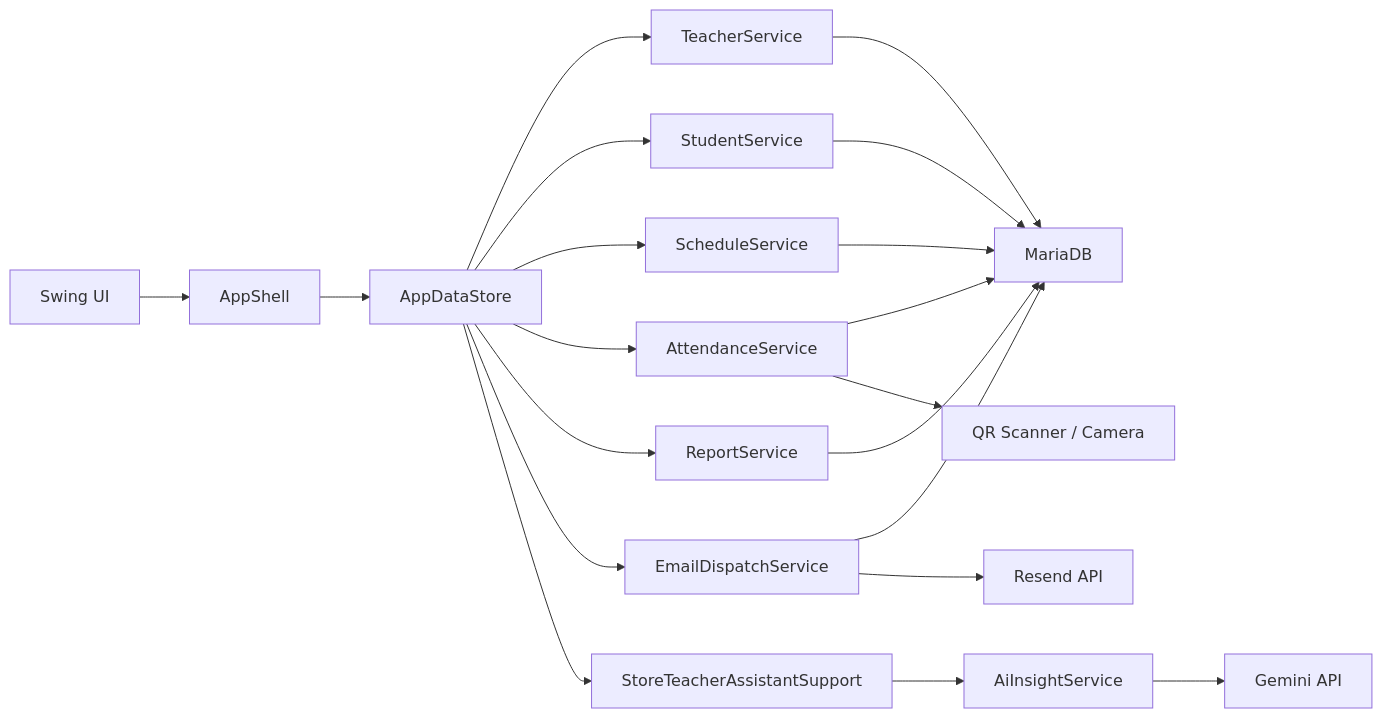
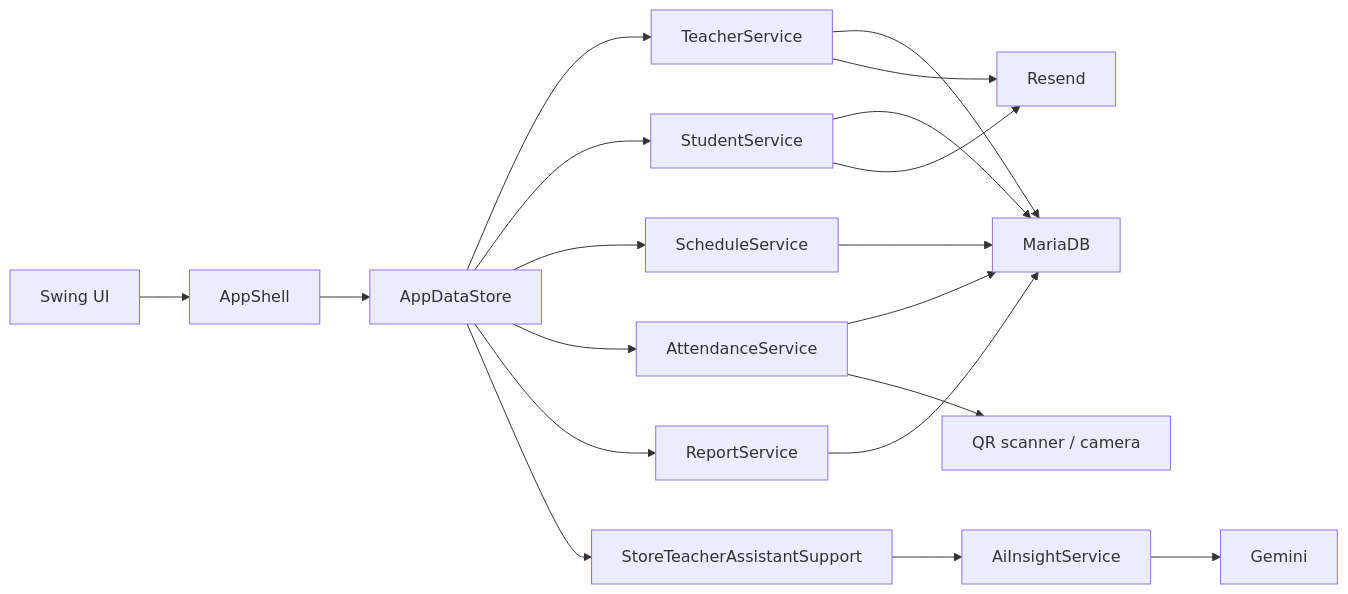
One commit to micoms/QrAttendance changed the diagram in docs/system-overview.md. Above: the diagram before and after it, drawn with Mermaid. The commit also changed other lines of this file and 17 other files, not shown here.

Commit message:
Simplify task-first UI flow and rewrite beginner docs

````diff
--- a/docs/system-overview.md
+++ b/docs/system-overview.md
@@ -16,22 +16,21 @@
 ```mermaid
 flowchart LR
     A["Swing UI"] --> B["AppShell"]
     B --> C["AppDataStore"]
     C --> D["TeacherService"]
     C --> E["StudentService"]
     C --> F["ScheduleService"]
     C --> G["AttendanceService"]
     C --> H["ReportService"]
-    C --> I["EmailDispatchService"]
-    C --> J["StoreTeacherAssistantSupport"]
-    J --> K["AiInsightService"]
-    D --> L["MariaDB"]
-    E --> L
-    F --> L
-    G --> L
-    H --> L
-    I --> L
-    I --> M["Resend API"]
-    K --> N["Gemini API"]
-    G --> O["QR Scanner / Camera"]
+    C --> I["StoreTeacherAssistantSupport"]
+    D --> J["MariaDB"]
+    E --> J
+    F --> J
+    G --> J
+    H --> J
+    I --> K["AiInsightService"]
+    K --> L["Gemini"]
+    D --> M["Resend"]
+    E --> M
+    G --> N["QR scanner / camera"]
 ```
````
